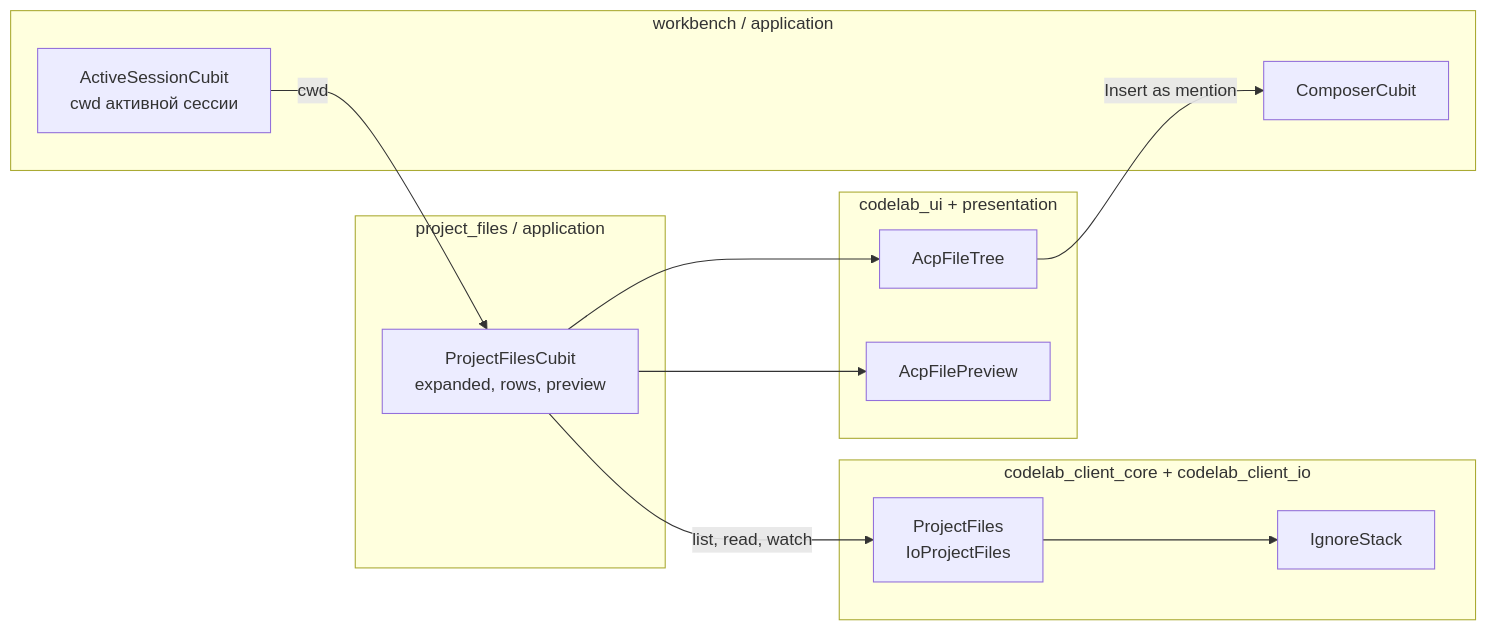
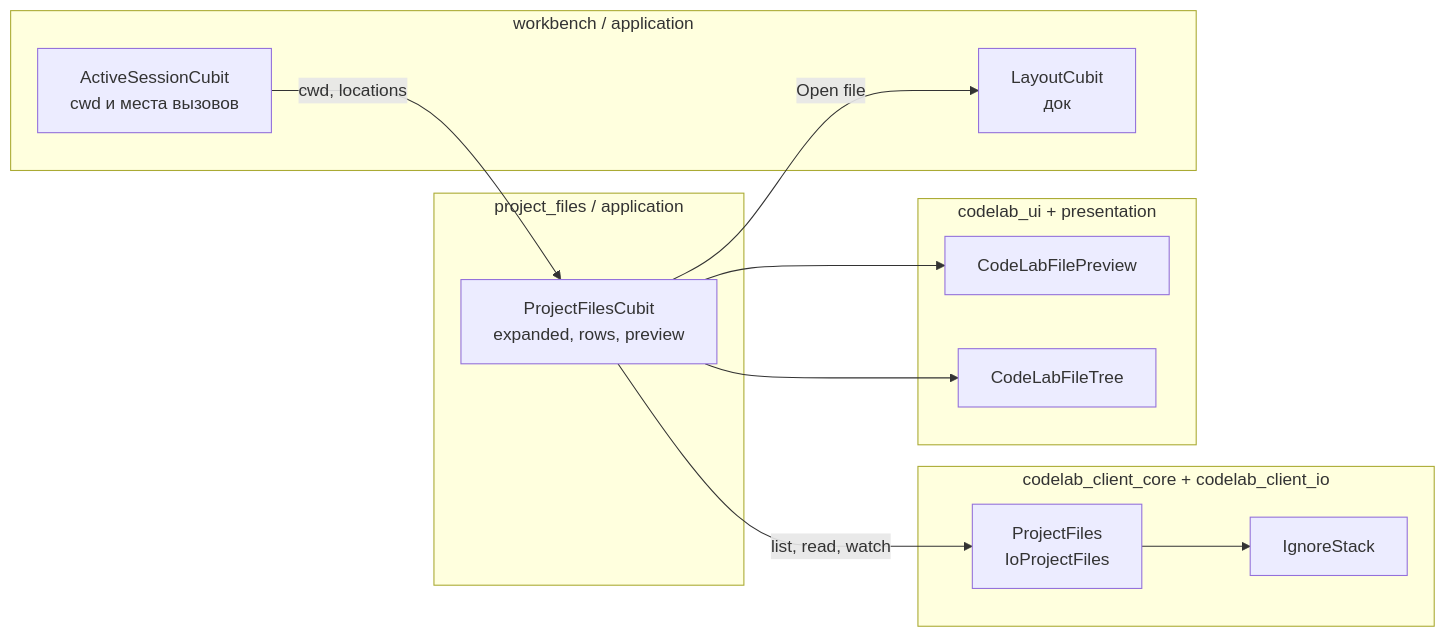
The third of 3 diagrams in docs/architecture/proposals/dart-agent-and-clients/12-6-cli-desktop-extras.md (pese-git/codelab-app), drawn with Mermaid before and after one commit. The commit also changed other lines of this file and 10 other files, not shown here.

Commit message:
docs: add-file-preview-and-tree — итерация 0: change переписан по §12.6.8, решения пользователя Q1–Q14, дельты workspace-file-browser, agent-workbench-ui, acp-client-kit; документы 12-3, 12-4, 12-6, D-13, roadmap

````diff
--- a/docs/architecture/proposals/dart-agent-and-clients/12-6-cli-desktop-extras.md
+++ b/docs/architecture/proposals/dart-agent-and-clients/12-6-cli-desktop-extras.md
@@ -680,24 +690,24 @@
 ```mermaid
 flowchart LR
     subgraph Kit["codelab_client_core + codelab_client_io"]
         PF["ProjectFiles<br/>IoProjectFiles"]
         GI["IgnoreStack"]
     end
     subgraph App["project_files / application"]
         PC["ProjectFilesCubit<br/>expanded, rows, preview"]
     end
     subgraph WB["workbench / application"]
-        CC["ComposerCubit"]
-        AS["ActiveSessionCubit<br/>cwd активной сессии"]
+        AS["ActiveSessionCubit<br/>cwd и места вызовов"]
+        LC["LayoutCubit<br/>док"]
     end
     subgraph UI["codelab_ui + presentation"]
-        FT["AcpFileTree"]
-        FP["AcpFilePreview"]
+        FT["CodeLabFileTree"]
+        FP["CodeLabFilePreview"]
     end
-    AS -- "cwd" --> PC
+    AS -- "cwd, locations" --> PC
     PC -- "list, read, watch" --> PF
     PF --> GI
     PC --> FT
     PC --> FP
-    FT -- "Insert as mention" --> CC
+    PC -- "Open file" --> LC
 ```
````
